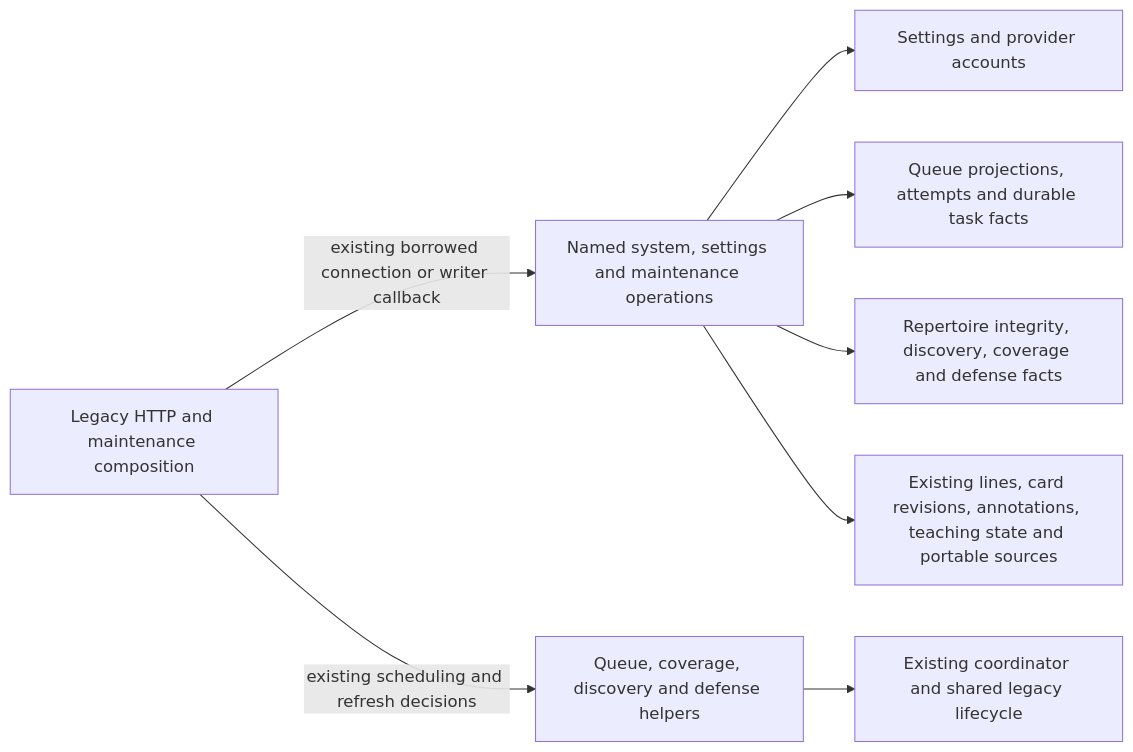
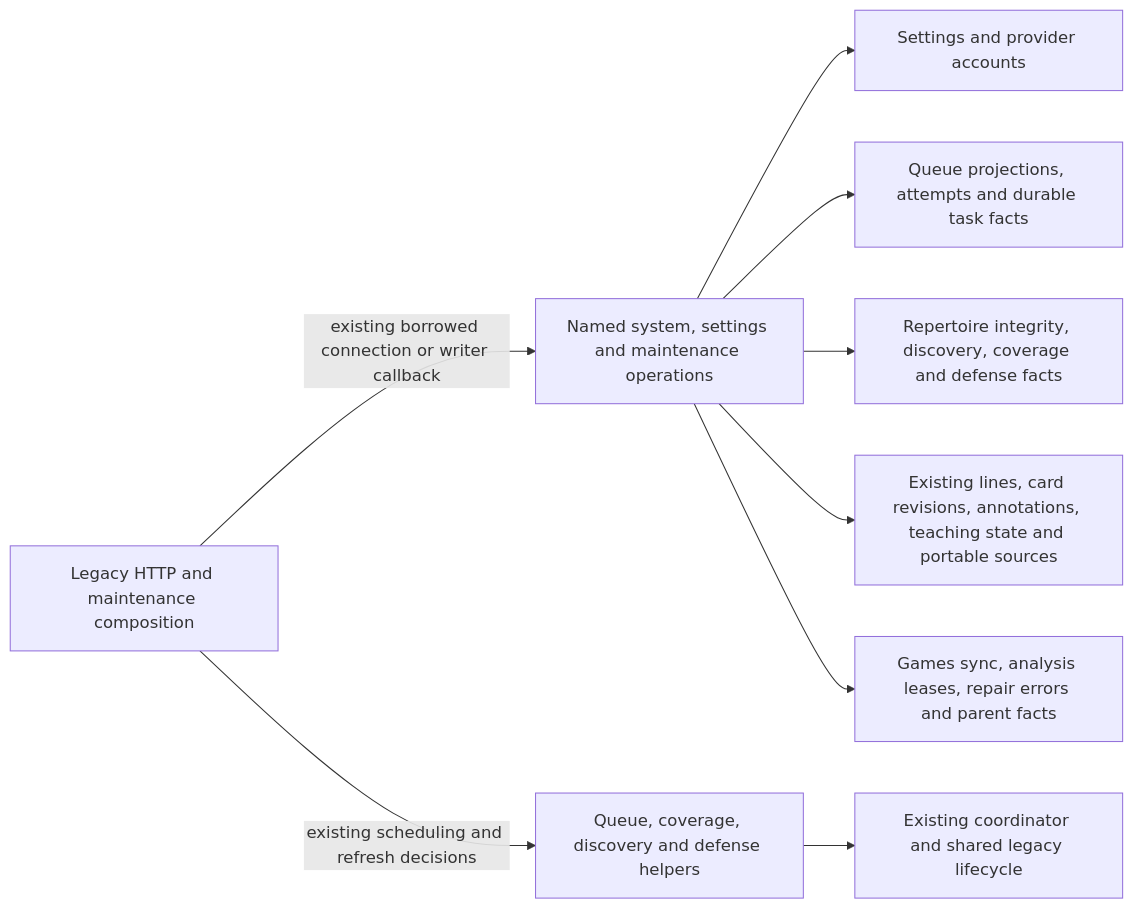
Before and after one commit to aaweaver-actuary/tempo: the diagram in database/tempo_legacy_database/adapters/http_composition/README.md, drawn with Mermaid. The commit also changed other lines of this file and 5 other files, not shown here.

Commit message:
Centralize Games sync and analysis control queries from HTTP composition

````diff
--- a/database/tempo_legacy_database/adapters/http_composition/README.md
+++ b/database/tempo_legacy_database/adapters/http_composition/README.md
@@ -20,10 +21,11 @@
 ```mermaid
 flowchart LR
   http[Legacy HTTP and maintenance composition] -->|existing borrowed connection or writer callback| store[Named system, settings and maintenance operations]
   http -->|existing scheduling and refresh decisions| jobs[Queue, coverage, discovery and defense helpers]
   store --> settings[Settings and provider accounts]
   store --> queue[Queue projections, attempts and durable task facts]
   store --> source[Repertoire integrity, discovery, coverage and defense facts]
   store --> authoring[Existing lines, card revisions, annotations, teaching state and portable sources]
+  store --> games[Games sync, analysis leases, repair errors and parent facts]
   jobs --> lifecycle[Existing coordinator and shared legacy lifecycle]
 ```
````
